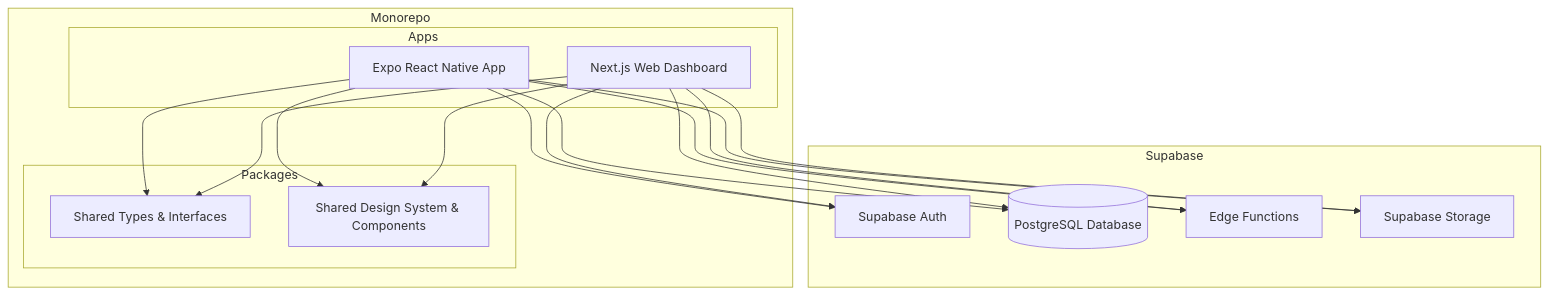
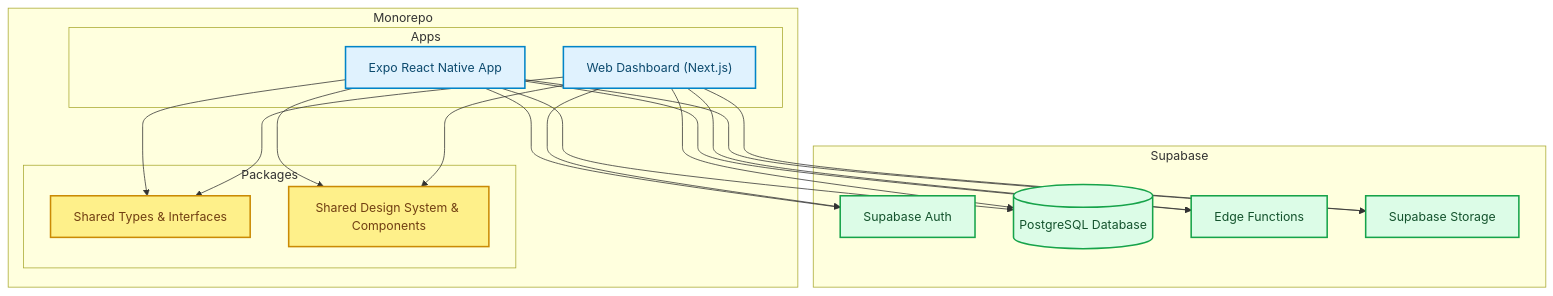
One commit to sohamdhande/nst-events-docs changed the diagram in docs/diagrams/20-development-architecture.md. Above: the diagram before and after it, drawn with Mermaid. The commit also changed 13 other files, not shown here.

````diff
--- a/docs/diagrams/20-development-architecture.md
+++ b/docs/diagrams/20-development-architecture.md
@@ -5,39 +5,47 @@
 ```mermaid
 graph TD
     subgraph Monorepo
         subgraph Apps
-            Expo[Expo React Native App]
-            NextJS[Next.js Web Dashboard]
+            Expo["Expo React Native App"]
+            NextJS["Web Dashboard (Next.js)"]
         end
         
         subgraph Packages
-            Types[Shared Types & Interfaces]
-            UI[Shared Design System & Components]
+            Types["Shared Types & Interfaces"]
+            UI["Shared Design System & Components"]
         end
     end
     
     subgraph Supabase
-        Auth[Supabase Auth]
-        DB[(PostgreSQL Database)]
-        Functions[Edge Functions]
-        Storage[Supabase Storage]
+        Auth["Supabase Auth"]
+        DB[("PostgreSQL Database")]
+        Functions["Edge Functions"]
+        Storage["Supabase Storage"]
     end
     
     Expo --> Types
     NextJS --> Types
     
     Expo --> UI
     NextJS --> UI
     
     Expo --> Auth
     NextJS --> Auth
     
     Expo --> DB
     NextJS --> DB
     
     Expo --> Functions
     NextJS --> Functions
     
     Expo --> Storage
     NextJS --> Storage
+    
+    classDef app fill:#e0f2fe,stroke:#0284c7,stroke-width:2px,color:#0c4a6e;
+    classDef pkg fill:#fef08a,stroke:#ca8a04,stroke-width:2px,color:#713f12;
+    classDef sba fill:#dcfce7,stroke:#16a34a,stroke-width:2px,color:#14532d;
+    
+    class Expo,NextJS app;
+    class Types,UI pkg;
+    class Auth,DB,Functions,Storage sba;
 ```
````
